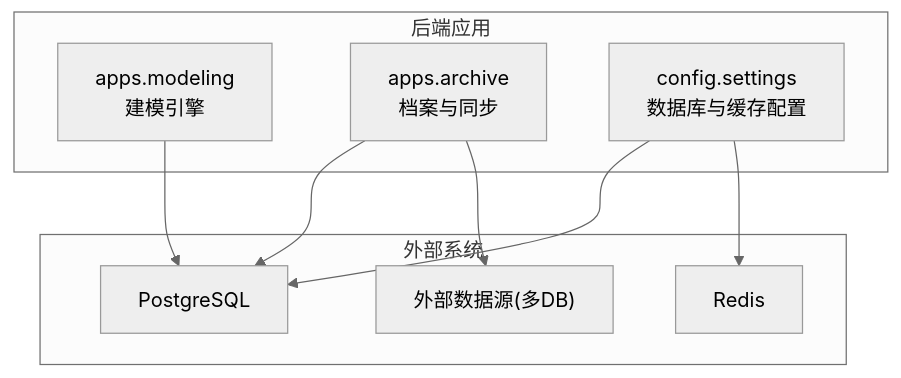
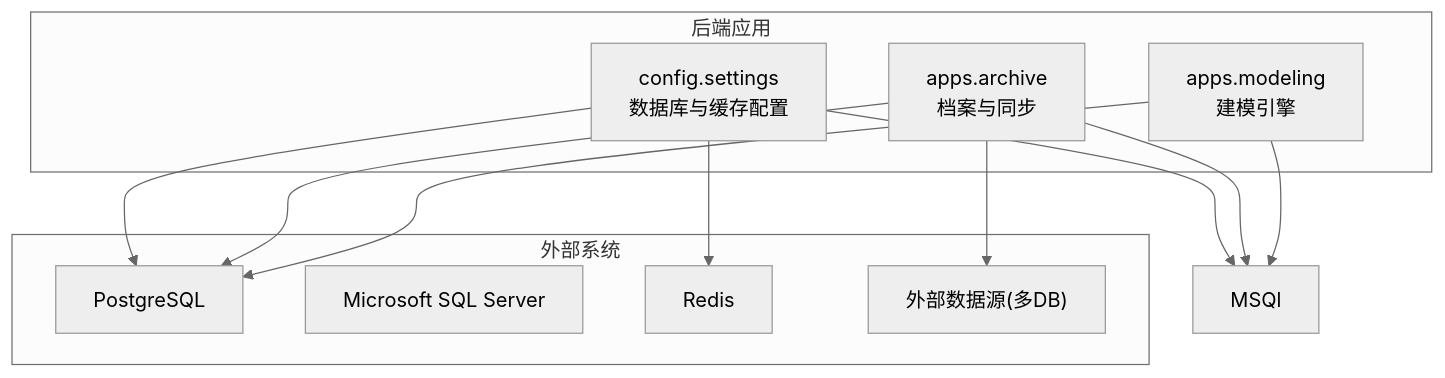
One commit to zyp-coder/Metadata changed the first of 8 diagrams in .qoder/repowiki/zh/content/架构设计/后端架构/数据库设计.md. Above: the diagram before and after it, drawn with Mermaid (neutral theme). The commit also changed other lines of this file and 49 other files, not shown here.

````diff
--- a/.qoder/repowiki/zh/content/架构设计/后端架构/数据库设计.md
+++ b/.qoder/repowiki/zh/content/架构设计/后端架构/数据库设计.md
@@ -38,18 +50,22 @@
 ```mermaid
 graph TB
 subgraph "后端应用"
 M["apps.modeling<br/>建模引擎"]
 A["apps.archive<br/>档案与同步"]
 C["config.settings<br/>数据库与缓存配置"]
 end
 subgraph "外部系统"
 PG["PostgreSQL"]
+MSQL["Microsoft SQL Server"]
 R["Redis"]
 DS["外部数据源(多DB)"]
 end
 M --> PG
+M --> MSQl
 A --> PG
+A --> MSQl
 A --> DS
 C --> PG
+C --> MSQl
 C --> R
 ```
````
